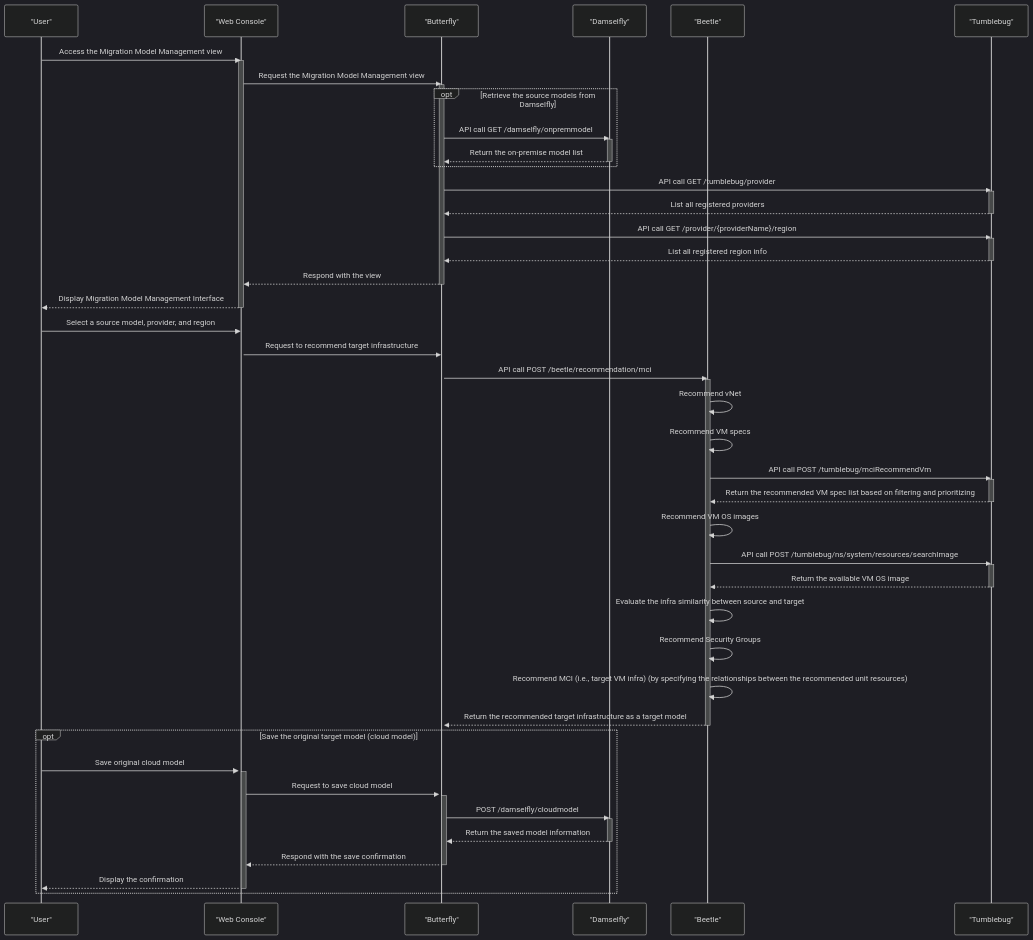
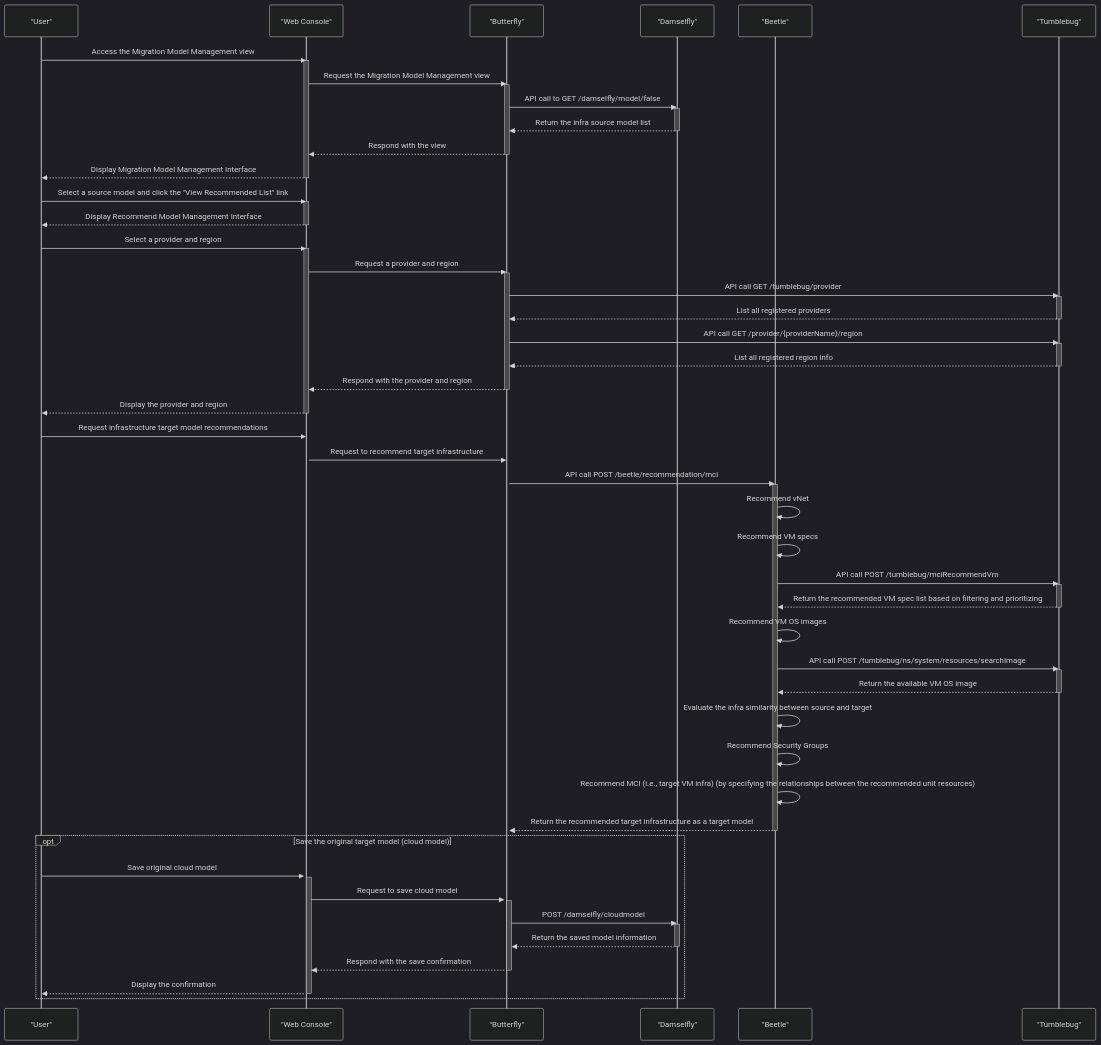
One commit to cloud-barista/cloud-migrator changed the seventh of 12 diagrams in docs/v0.4.0-user-scenario-for-computing-infra-migration.md. Above: the diagram before and after it, drawn with Mermaid (dark theme). The commit also changed other lines of this file, not shown here.

Commit message:
v0.4.0: Update infra scenario - revise part of web-based flow (#26)

```diff
--- a/docs/v0.4.0-user-scenario-for-computing-infra-migration.md
+++ b/docs/v0.4.0-user-scenario-for-computing-infra-migration.md
@@ -347,14 +345,30 @@
     activate Browser
     Browser->>Butterfly: Request the Migration Model Management view
     activate Butterfly
-    opt Retrieve the source models from Damselfly
-        Butterfly->>Damselfly: API call GET /damselfly/onpremmodel
-        activate Damselfly
-        Damselfly-->>Butterfly: Return the on-premise model list
-        deactivate Damselfly
-    end
+
+    Butterfly->>Damselfly: API call to GET /damselfly/model/false
+    activate Damselfly
+    Damselfly-->>Butterfly: Return the infra source model list
+    deactivate Damselfly
+
+    Butterfly-->>Browser: Respond with the view
+    deactivate Butterfly
+    Browser-->>User: Display Migration Model Management Interface
+    deactivate Browser
+
+
+    %% Recommend target cloud infrastructure
+    User->>Browser: Select a source model and click the "View Recommended List" link
+    activate Browser
+    Browser-->>User: Display Recommend Model Management Interface
+    deactivate Browser
+
 
 	%% Retrieve the registered providers and regions
+    User->>Browser: Select a provider and region
+    activate Browser
+    Browser->>Butterfly: Request a provider and region
+    activate Butterfly
 	Butterfly->>Tumblebug: API call GET /tumblebug/provider
 	activate Tumblebug
 	Tumblebug-->>Butterfly: List all registered providers
@@ -363,14 +377,17 @@
 	activate Tumblebug
 	Tumblebug-->>Butterfly: List all registered region info
 	deactivate Tumblebug
-    Butterfly-->>Browser: Respond with the view
+    Butterfly-->>Browser: Respond with the provider and region
     deactivate Butterfly
-    Browser-->>User: Display Migration Model Management Interface
+    Browser-->>User: Display the provider and region
     deactivate Browser
 
+
     %% Recommend target cloud infrastructure
-    User->>Browser: Select a source model, provider, and region
+    User->>Browser: Request infrastructure target model recommendations
     activate Browser
+
+
     Browser->>Butterfly: Request to recommend target infrastructure
     activate Butterfly
     Butterfly->>Beetle: API call POST /beetle/recommendation/mci
```
